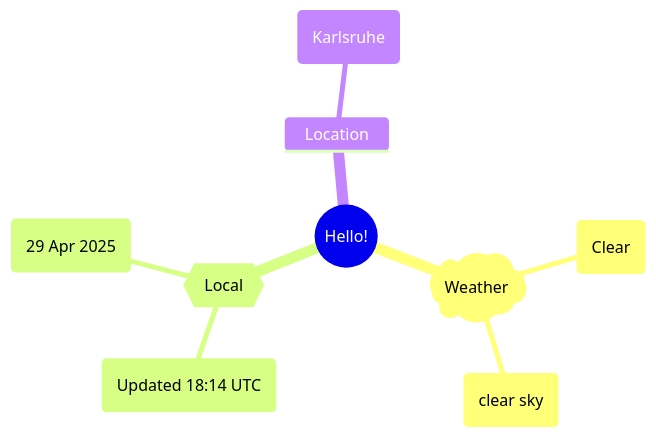
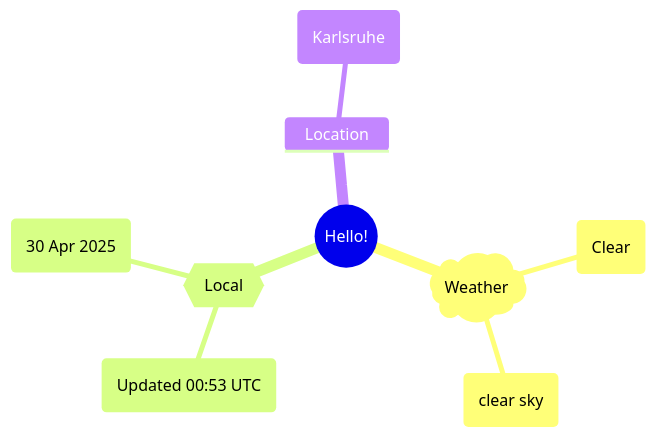
One commit to Xosrov/Xosrov changed the first of 2 diagrams in README.md. Above: the diagram before and after it, drawn with Mermaid.

Commit message:
[bot] updated images

````diff
--- a/README.md
+++ b/README.md
@@ -3,12 +3,12 @@
 ```mermaid
 mindmap
   root((Hello!))
     )Weather(
         (Clear)
         (clear sky)
     {{Local}}
-        (Updated 18:14 UTC)
-        (29 Apr 2025)
+        (Updated 00:53 UTC)
+        (30 Apr 2025)
     Location
         (Karlsruhe)
 ```
````
